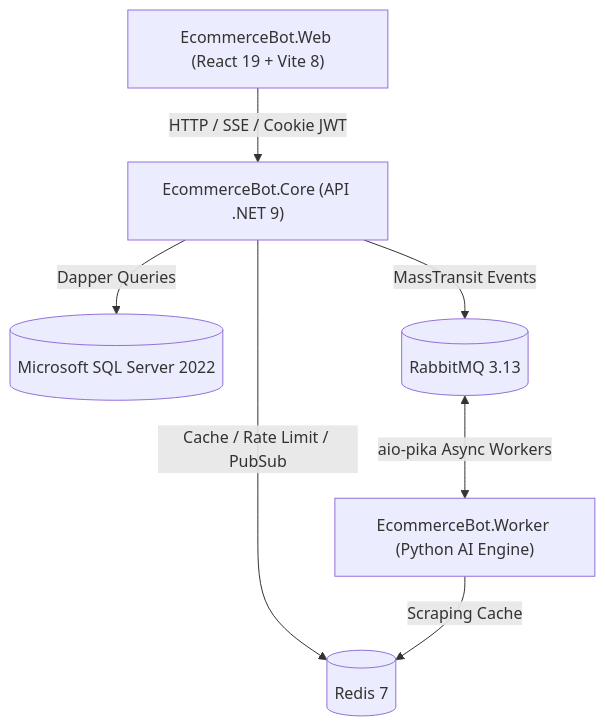
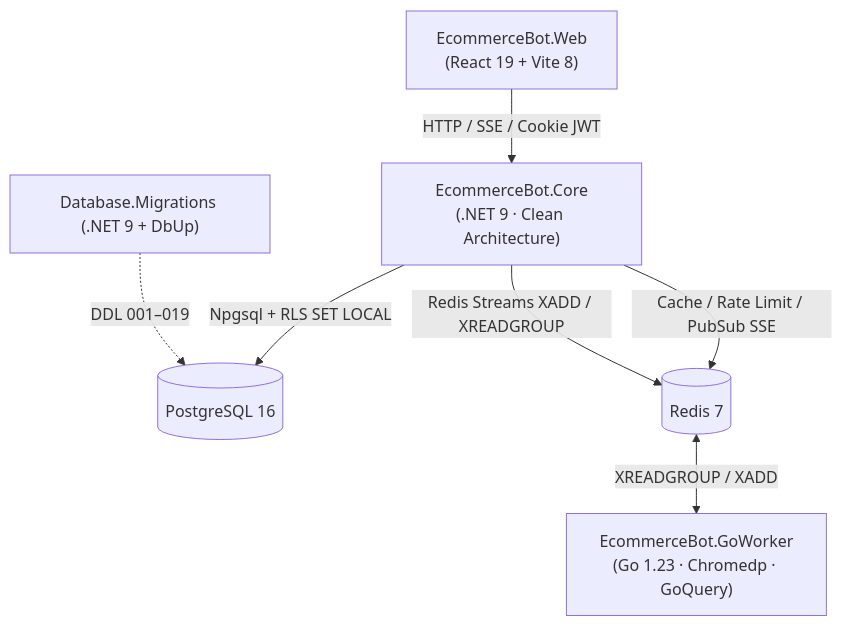
One commit to gregrymqt/ecomerce-bot changed the diagram in README.md. Above: the diagram before and after it, drawn with Mermaid. The commit also changed other lines of this file and 48 other files, not shown here.

````diff
--- a/README.md
+++ b/README.md
@@ -29,9 +29,9 @@
 ```mermaid
 flowchart TD
-    SPA["EcommerceBot.Web (React 19 + Vite 8)"] -->|HTTP / SSE / Cookie JWT| API["EcommerceBot.Core (API .NET 9)"]
-    API -->|Dapper Queries| SQLServer[("Microsoft SQL Server 2022")]
-    API -->|Cache / Rate Limit / PubSub| Redis[("Redis 7")]
-    API -->|MassTransit Events| RabbitMQ[("RabbitMQ 3.13")]
-    RabbitMQ <-->|aio-pika Async Workers| Worker["EcommerceBot.Worker (Python AI Engine)"]
-    Worker -->|Scraping Cache| Redis
+    SPA["EcommerceBot.Web<br/>(React 19 + Vite 8)"] -->|HTTP / SSE / Cookie JWT| API["EcommerceBot.Core<br/>(.NET 9 · Clean Architecture)"]
+    API -->|Npgsql + RLS SET LOCAL| Postgres[("PostgreSQL 16")]
+    API -->|Cache / Rate Limit / PubSub SSE| Redis[("Redis 7")]
+    API -->|Redis Streams XADD / XREADGROUP| Redis
+    Redis <-->|XREADGROUP / XADD| GoWorker["EcommerceBot.GoWorker<br/>(Go 1.23 · Chromedp · GoQuery)"]
+    Migrations["Database.Migrations (.NET 9 + DbUp)"] -.->|DDL 001–019| Postgres
 ```
````
